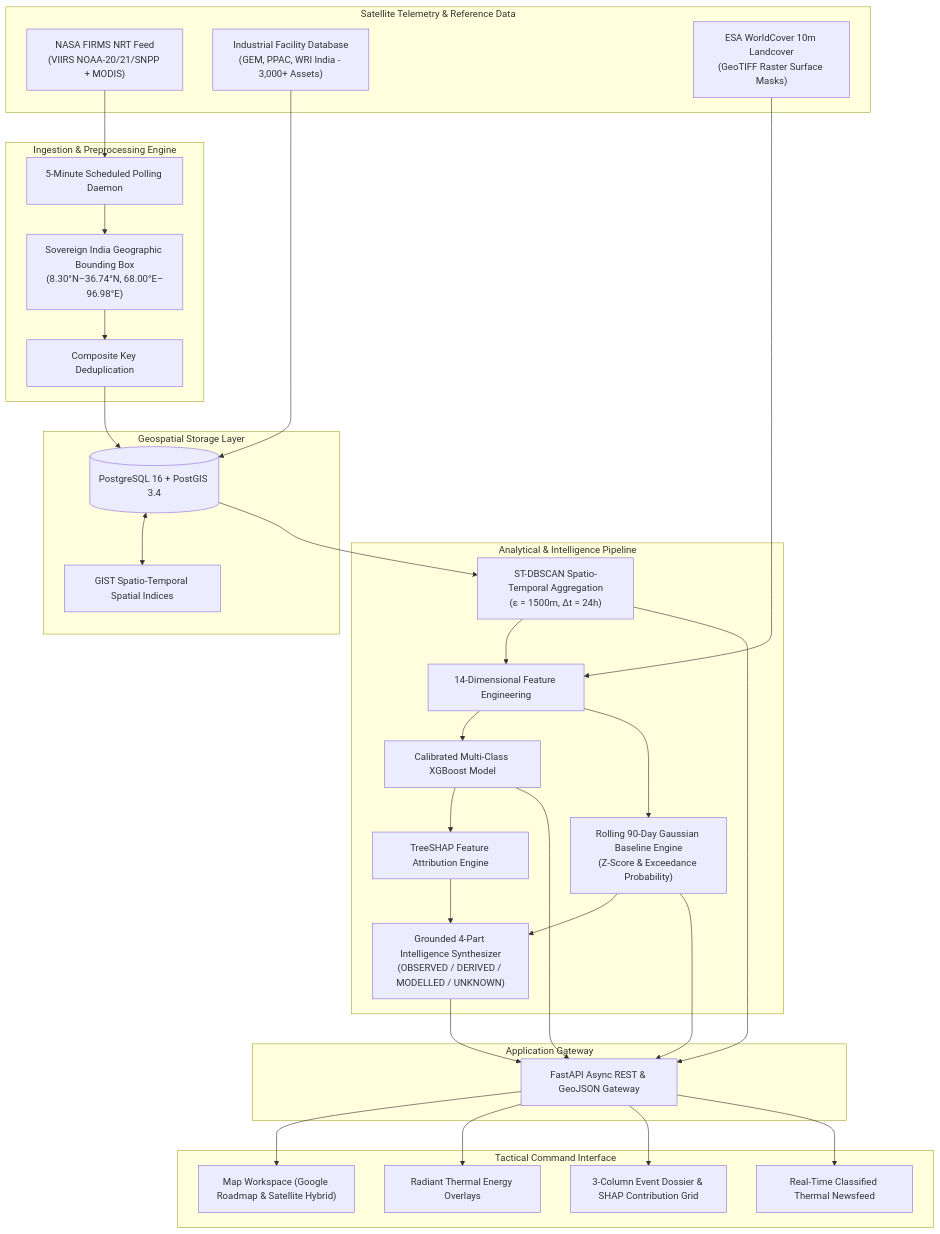
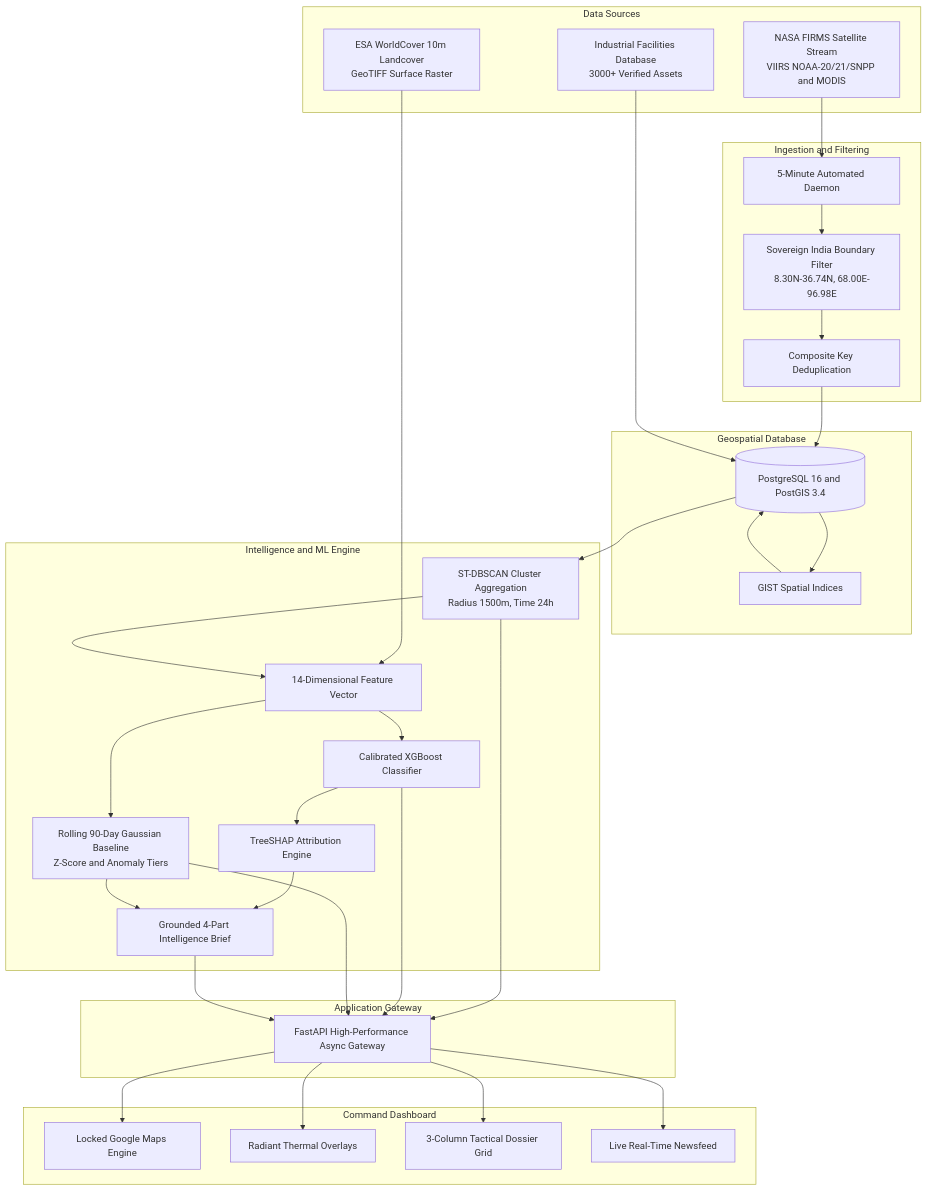
The first of 2 diagrams in README.md (sharancode3/ThermoTrace-AI), drawn with Mermaid before and after one commit. The commit also changed other lines of this file, not shown here.

Commit message:
fix(docs): format Mermaid diagrams with standard GitHub-compliant syntax

````diff
--- a/README.md
+++ b/README.md
@@ -26,60 +26,66 @@
 ```mermaid
 flowchart TB
-    subgraph Data_Sources ["Satellite Telemetry & Reference Data"]
-        S1["NASA FIRMS NRT Feed
-(VIIRS NOAA-20/21/SNPP + MODIS)"]
-        S2["Industrial Facility Database
-(GEM, PPAC, WRI India - 3,000+ Assets)"]
-        S3["ESA WorldCover 10m Landcover
-(GeoTIFF Raster Surface Masks)"]
+    subgraph Data_Sources [Data Sources]
+        S1[NASA FIRMS Satellite Stream<br/>VIIRS NOAA-20/21/SNPP and MODIS]
+        S2[Industrial Facilities Database<br/>3000+ Verified Assets]
+        S3[ESA WorldCover 10m Landcover<br/>GeoTIFF Surface Raster]
     end
 
-    subgraph Ingestion_Layer ["Ingestion & Preprocessing Engine"]
-        I1["5-Minute Scheduled Polling Daemon"]
-        I2["Sovereign India Geographic Bounding Box
-(8.30°N–36.74°N, 68.00°E–96.98°E)"]
-        I3["Composite Key Deduplication"]
+    subgraph Ingestion_Layer [Ingestion and Filtering]
+        I1[5-Minute Automated Daemon]
+        I2[Sovereign India Boundary Filter<br/>8.30N-36.74N, 68.00E-96.98E]
+        I3[Composite Key Deduplication]
     end
 
-    subgraph Persistence_Layer ["Geospatial Storage Layer"]
-        DB[("PostgreSQL 16 + PostGIS 3.4")]
-        IDX["GIST Spatio-Temporal Spatial Indices"]
+    subgraph Persistence_Layer [Geospatial Database]
+        DB[(PostgreSQL 16 and PostGIS 3.4)]
+        IDX[GIST Spatial Indices]
     end
 
-    subgraph Analytical_Engine ["Analytical & Intelligence Pipeline"]
-        A1["ST-DBSCAN Spatio-Temporal Aggregation
-(ε = 1500m, Δt = 24h)"]
-        A2["14-Dimensional Feature Engineering"]
-        A3["Calibrated Multi-Class XGBoost Model"]
-        A4["TreeSHAP Feature Attribution Engine"]
-        A5["Rolling 90-Day Gaussian Baseline Engine
-(Z-Score & Exceedance Probability)"]
-        A6["Grounded 4-Part Intelligence Synthesizer
-(OBSERVED / DERIVED / MODELLED / UNKNOWN)"]
+    subgraph Processing_Layer [Intelligence and ML Engine]
+        A1[ST-DBSCAN Cluster Aggregation<br/>Radius 1500m, Time 24h]
+        A2[14-Dimensional Feature Vector]
+        A3[Calibrated XGBoost Classifier]
+        A4[TreeSHAP Attribution Engine]
+        A5[Rolling 90-Day Gaussian Baseline<br/>Z-Score and Anomaly Tiers]
+        A6[Grounded 4-Part Intelligence Brief]
     end
 
-    subgraph API_Layer ["Application Gateway"]
-        GW["FastAPI Async REST & GeoJSON Gateway"]
+    subgraph Gateway_Layer [Application Gateway]
+        GW[FastAPI High-Performance Async Gateway]
     end
 
-    subgraph Client_Layer ["Tactical Command Interface"]
-        UI1["Map Workspace (Google Roadmap & Satellite Hybrid)"]
-        UI2["Radiant Thermal Energy Overlays"]
-        UI3["3-Column Event Dossier & SHAP Contribution Grid"]
-        UI4["Real-Time Classified Thermal Newsfeed"]
+    subgraph Client_Layer [Command Dashboard]
+        UI1[Locked Google Maps Engine]
+        UI2[Radiant Thermal Overlays]
+        UI3[3-Column Tactical Dossier Grid]
+        UI4[Live Real-Time Newsfeed]
     end
 
-    S1 --> I1 --> I2 --> I3 --> DB
+    S1 --> I1
+    I1 --> I2
+    I2 --> I3
+    I3 --> DB
     S2 --> DB
     S3 --> A2
-    DB <--> IDX
+    DB --> IDX
+    IDX --> DB
 
-    DB --> A1 --> A2 --> A3 --> A4 --> A6
-    A2 --> A5 --> A6
-    A1 & A3 & A5 & A6 --> GW
+    DB --> A1
+    A1 --> A2
+    A2 --> A3
+    A3 --> A4
+    A4 --> A6
+    A2 --> A5
+    A5 --> A6
+
+    A1 --> GW
+    A3 --> GW
+    A5 --> GW
+    A6 --> GW
 
     GW --> UI1
     GW --> UI2
     GW --> UI3
     GW --> UI4
 ```
````
